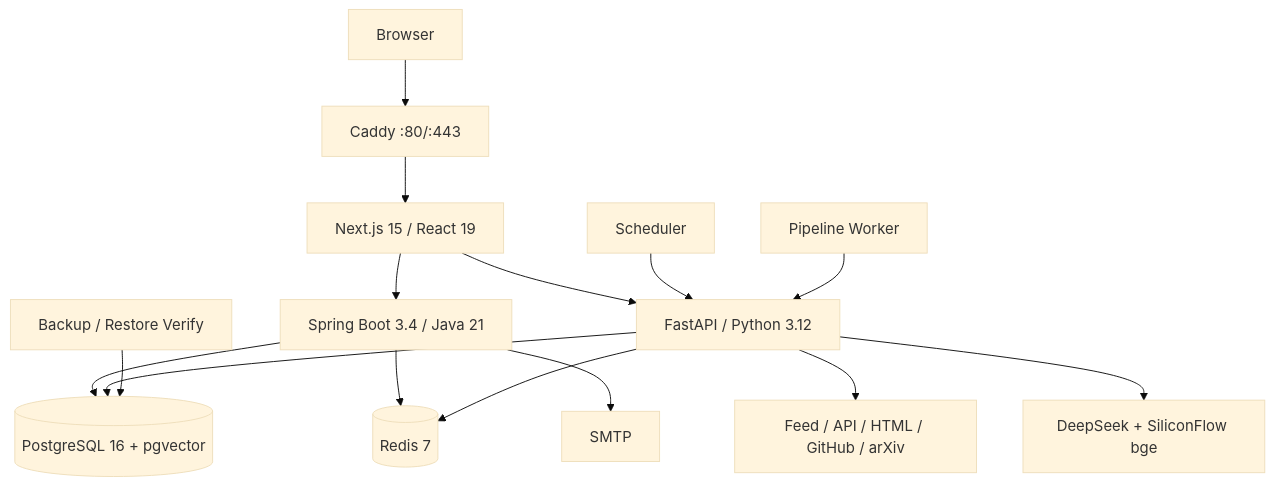
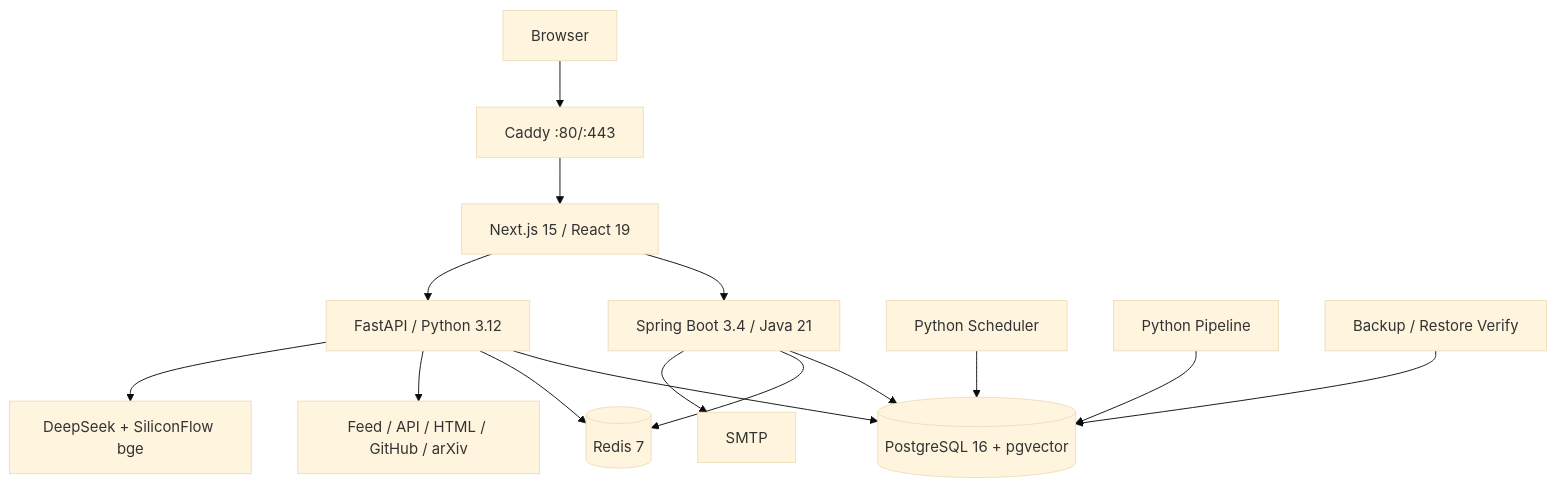
The second of 3 diagrams in README.md (linruibang19-home/AI-Hot-Radar), drawn with Mermaid (base theme) before and after one commit. The commit also changed other lines of this file and 45 other files, not shown here.

````diff
--- a/README.md
+++ b/README.md
@@ -83,17 +84,17 @@
 ```mermaid
 flowchart TB
     U["Browser"] --> Caddy["Caddy :80/:443"]
     Caddy --> Web["Next.js 15 / React 19"]
     Web --> Core["Spring Boot 3.4 / Java 21"]
     Web --> AI["FastAPI / Python 3.12"]
-    Scheduler["Scheduler"] --> AI
-    Pipeline["Pipeline Worker"] --> AI
+    Scheduler["Python Scheduler"] --> PG
+    Pipeline["Python Pipeline"] --> PG
     Core --> PG[("PostgreSQL 16 + pgvector")]
     AI --> PG
     Core --> Redis[("Redis 7")]
     AI --> Redis
     AI --> Sources["Feed / API / HTML / GitHub / arXiv"]
     AI --> Models["DeepSeek + SiliconFlow bge"]
     Core --> SMTP["SMTP"]
     Backup["Backup / Restore Verify"] --> PG
 ```
````
